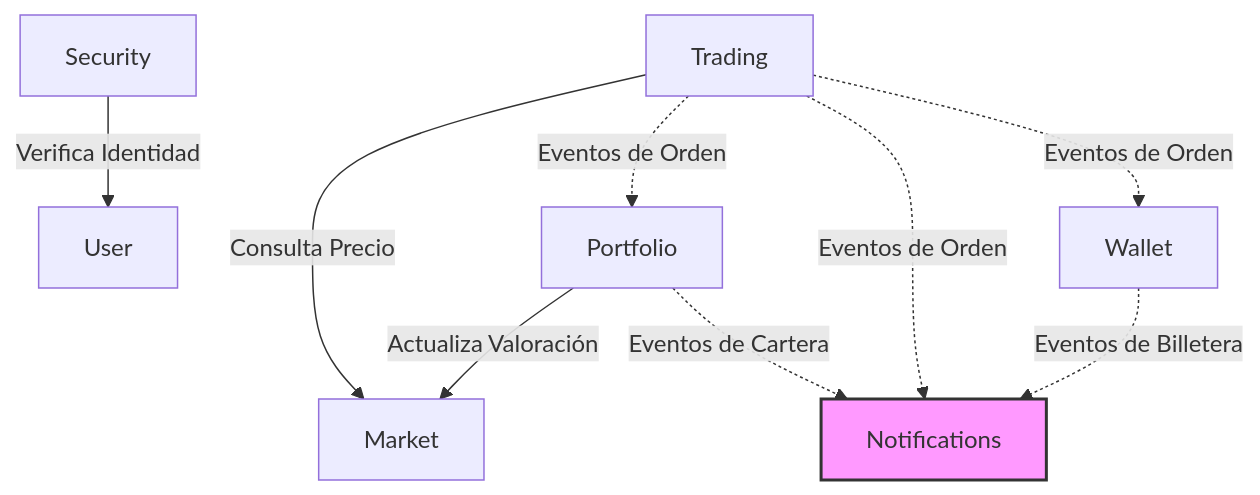
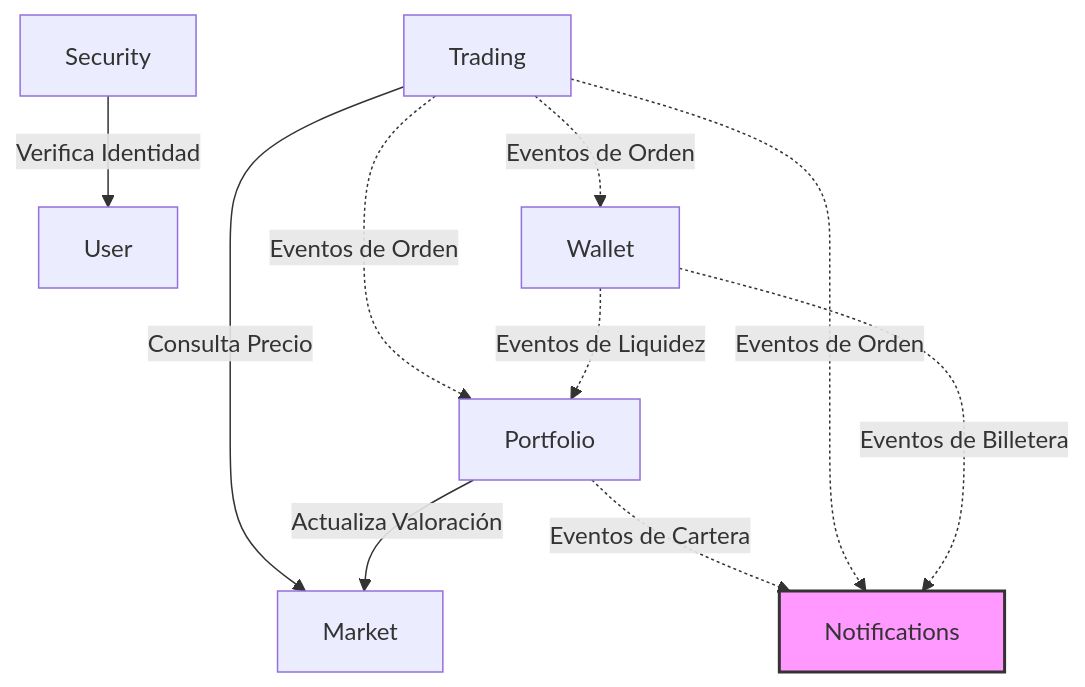
One commit to SergioGarciaRuiz557/EZTrade changed the third of 3 diagrams in EZTrade/backend/README.md. Above: the diagram before and after it, drawn with Mermaid. The commit also changed other lines of this file and 28 other files, not shown here.

````diff
--- a/EZTrade/backend/README.md
+++ b/EZTrade/backend/README.md
@@ -118,25 +118,26 @@
 ```mermaid
 graph TD
     %% Definición de Módulos
     Sec[Security]
     Usr[User]
     Trd[Trading]
     Mkt[Market]
     Ptf[Portfolio]
     Wlt[Wallet]
     Not[Notifications]
 
     %% Dependencias Directas (Llamadas API/Ports)
     Sec -->|Verifica Identidad| Usr
     Trd -->|Consulta Precio| Mkt
     Ptf -->|Actualiza Valoración| Mkt
 
     %% Comunicación por Eventos (Desacoplada)
     Trd -.->|Eventos de Orden| Wlt
     Trd -.->|Eventos de Orden| Ptf
+    Wlt -.->|Eventos de Liquidez| Ptf
     Ptf -.->|Eventos de Cartera| Not
     Trd -.->|Eventos de Orden| Not
     Wlt -.->|Eventos de Billetera| Not
 
     style Not fill:#f9f,stroke:#333,stroke-width:2px
 ```
````
